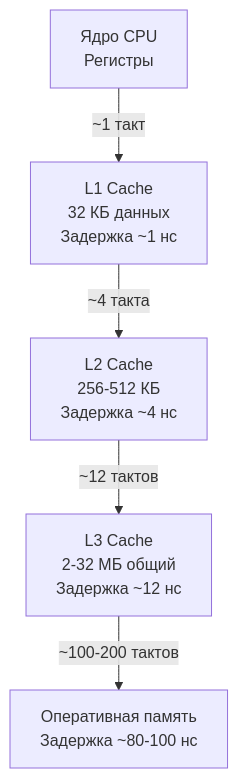
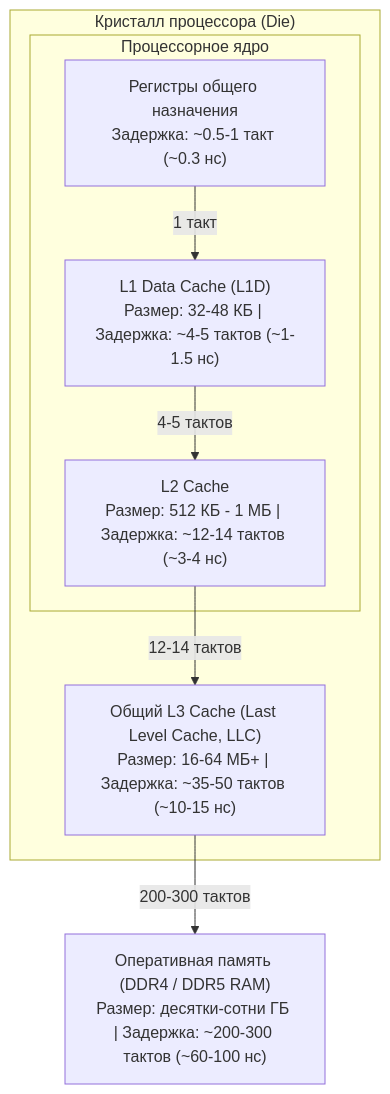
The first of 3 diagrams in sources/16. Профилирование, отладка и производительность/01. Фундамент/5. Mechanical sympathy в backend разработке.md (UnrealTemplier/go-textbook), drawn with Mermaid before and after one commit. The commit also changed other lines of this file, not shown here.

````diff
--- a/sources/16. Профилирование, отладка и производительность/01. Фундамент/5. Mechanical sympathy в backend разработке.md
+++ b/sources/16. Профилирование, отладка и производительность/01. Фундамент/5. Mechanical sympathy в backend разработке.md
@@ -13,7 +40,16 @@
 ```mermaid
 flowchart TD
-    CPU["Ядро CPU<br>Регистры"] -->|"~1 такт"| L1["L1 Cache<br>32 КБ данных<br>Задержка ~1 нс"]
-    L1 -->|"~4 такта"| L2["L2 Cache<br>256-512 КБ<br>Задержка ~4 нс"]
-    L2 -->|"~12 тактов"| L3["L3 Cache<br>2-32 МБ общий<br>Задержка ~12 нс"]
-    L3 -->|"~100-200 тактов"| RAM["Оперативная память<br>Задержка ~80-100 нс"]
+    subgraph ProcessorDie["Кристалл процессора (Die)"]
+        subgraph Core["Процессорное ядро"]
+            Registers["Регистры общего назначения<br>Задержка: ~0.5-1 такт (~0.3 нс)"]
+            L1["L1 Data Cache (L1D)<br>Размер: 32-48 КБ | Задержка: ~4-5 тактов (~1-1.5 нс)"]
+            L2["L2 Cache<br>Размер: 512 КБ - 1 МБ | Задержка: ~12-14 тактов (~3-4 нс)"]
+            Registers -->|"1 такт"| L1
+            L1 -->|"4-5 тактов"| L2
+        end
+        L3["Общий L3 Cache (Last Level Cache, LLC)<br>Размер: 16-64 МБ+ | Задержка: ~35-50 тактов (~10-15 нс)"]
+        L2 -->|"12-14 тактов"| L3
+    end
+    RAM["Оперативная память (DDR4 / DDR5 RAM)<br>Размер: десятки-сотни ГБ | Задержка: ~200-300 тактов (~60-100 нс)"]
+    L3 -->|"200-300 тактов"| RAM
 ```
````
